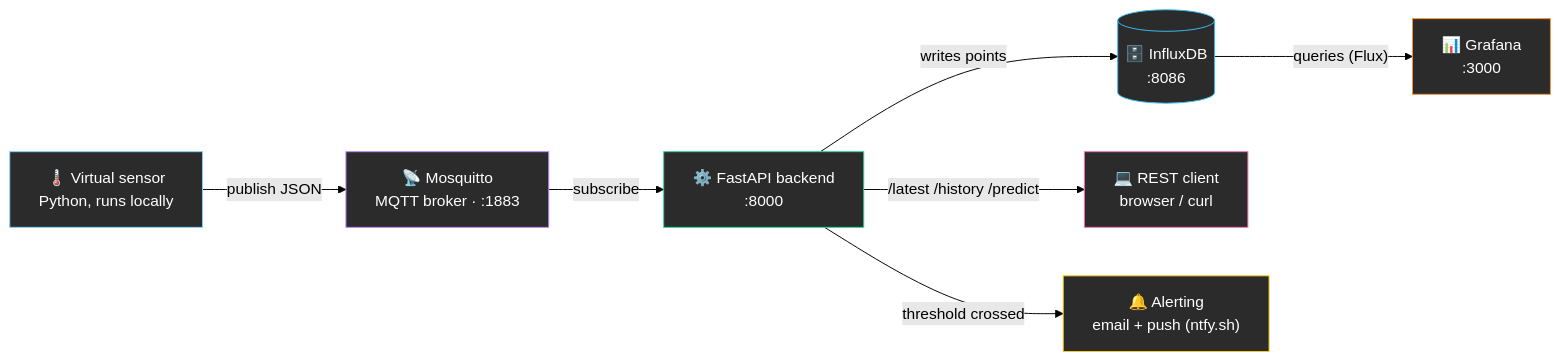
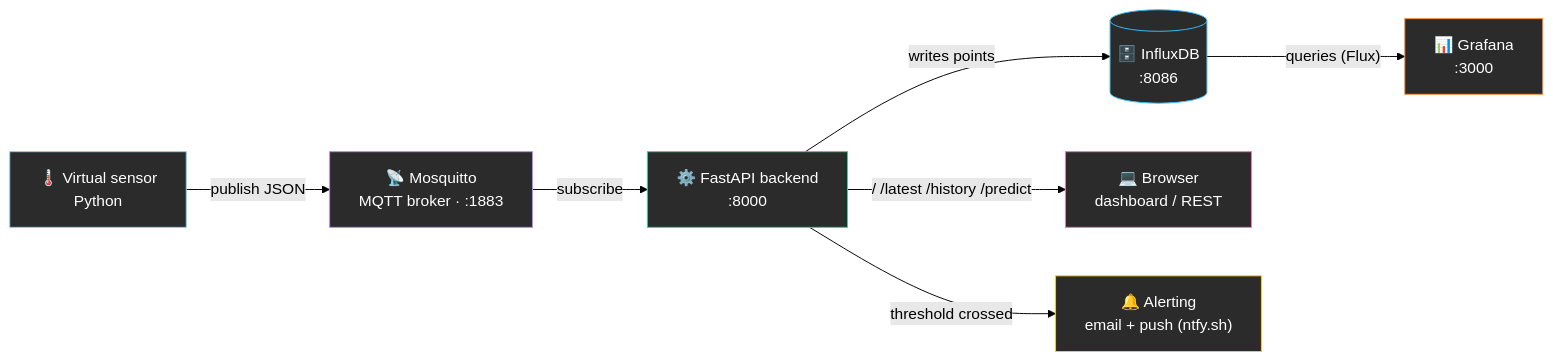
The first of 2 diagrams in README.md (danielailenei/water-filter-monitor), drawn with Mermaid (forest theme) before and after one commit. The commit also changed other lines of this file and 1 other file, not shown here.

````diff
--- a/README.md
+++ b/README.md
@@ -56,25 +59,25 @@
 ```mermaid
 flowchart LR
-    S["🌡️ Virtual sensor<br/>Python, runs locally"]
+    S["🌡️ Virtual sensor<br/>Python"]
     M["📡 Mosquitto<br/>MQTT broker · :1883"]
     B["⚙️ FastAPI backend<br/>:8000"]
     I[("🗄️ InfluxDB<br/>:8086")]
     G["📊 Grafana<br/>:3000"]
-    C["💻 REST client<br/>browser / curl"]
+    C["💻 Browser<br/>dashboard / REST"]
     A["🔔 Alerting<br/>email + push (ntfy.sh)"]
 
     S -- "publish JSON" --> M
     M -- "subscribe" --> B
     B -- "writes points" --> I
     I -- "queries (Flux)" --> G
-    B -- "/latest /history /predict" --> C
+    B -- "/ /latest /history /predict" --> C
     B -- "threshold crossed" --> A
 
     style S fill:#2b2b2b,stroke:#7dd3fc,color:#fff
     style M fill:#2b2b2b,stroke:#c084fc,color:#fff
     style B fill:#2b2b2b,stroke:#34d399,color:#fff
     style I fill:#2b2b2b,stroke:#38bdf8,color:#fff
     style G fill:#2b2b2b,stroke:#fb923c,color:#fff
     style C fill:#2b2b2b,stroke:#f472b6,color:#fff
     style A fill:#2b2b2b,stroke:#facc15,color:#fff
 ```
````
